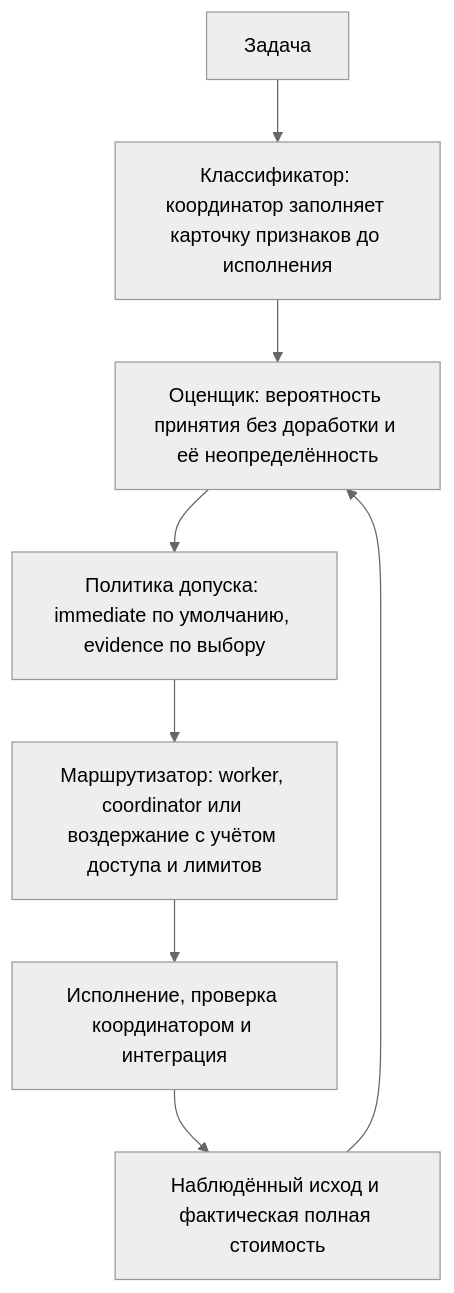
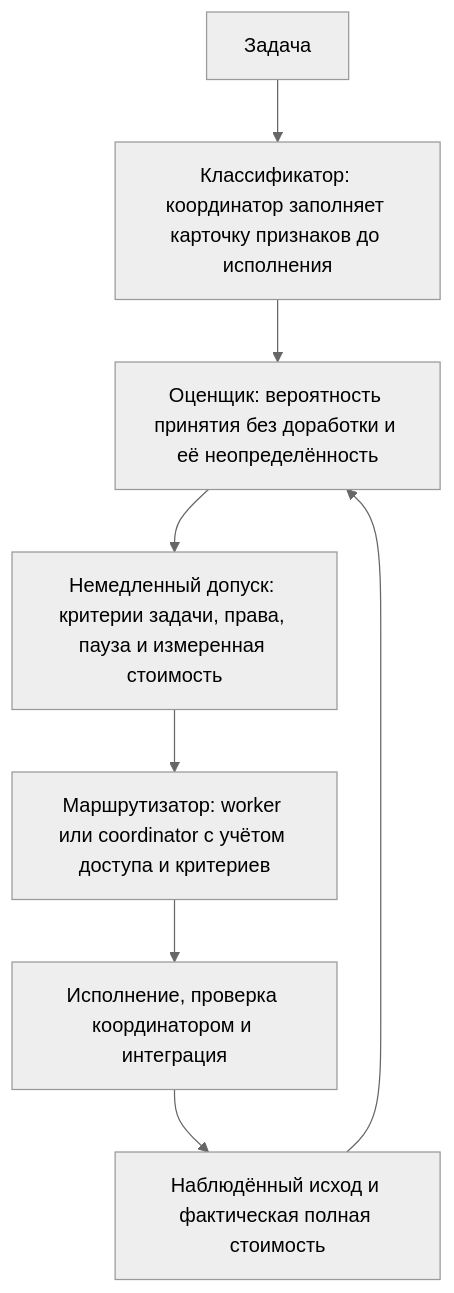
The diagram in docs/ROUTING.ru.md (kirill31337/deepseek-team), drawn with Mermaid (neutral theme) before and after one commit. The commit also changed other lines of this file and 79 other files, not shown here.

````diff
--- a/docs/ROUTING.ru.md
+++ b/docs/ROUTING.ru.md
@@ -16,10 +16,10 @@
 ```mermaid
 flowchart TD
     T[Задача] --> C["Классификатор: координатор заполняет карточку признаков до исполнения"]
     C --> E["Оценщик: вероятность принятия без доработки и её неопределённость"]
-    E --> S["Политика допуска: immediate по умолчанию, evidence по выбору"]
-    S --> R["Маршрутизатор: worker, coordinator или воздержание с учётом доступа и лимитов"]
+    E --> S["Немедленный допуск: критерии задачи, права, пауза и измеренная стоимость"]
+    S --> R["Маршрутизатор: worker или coordinator с учётом доступа и критериев"]
     R --> X["Исполнение, проверка координатором и интеграция"]
     X --> O["Наблюдённый исход и фактическая полная стоимость"]
     O --> E
 ```
````
